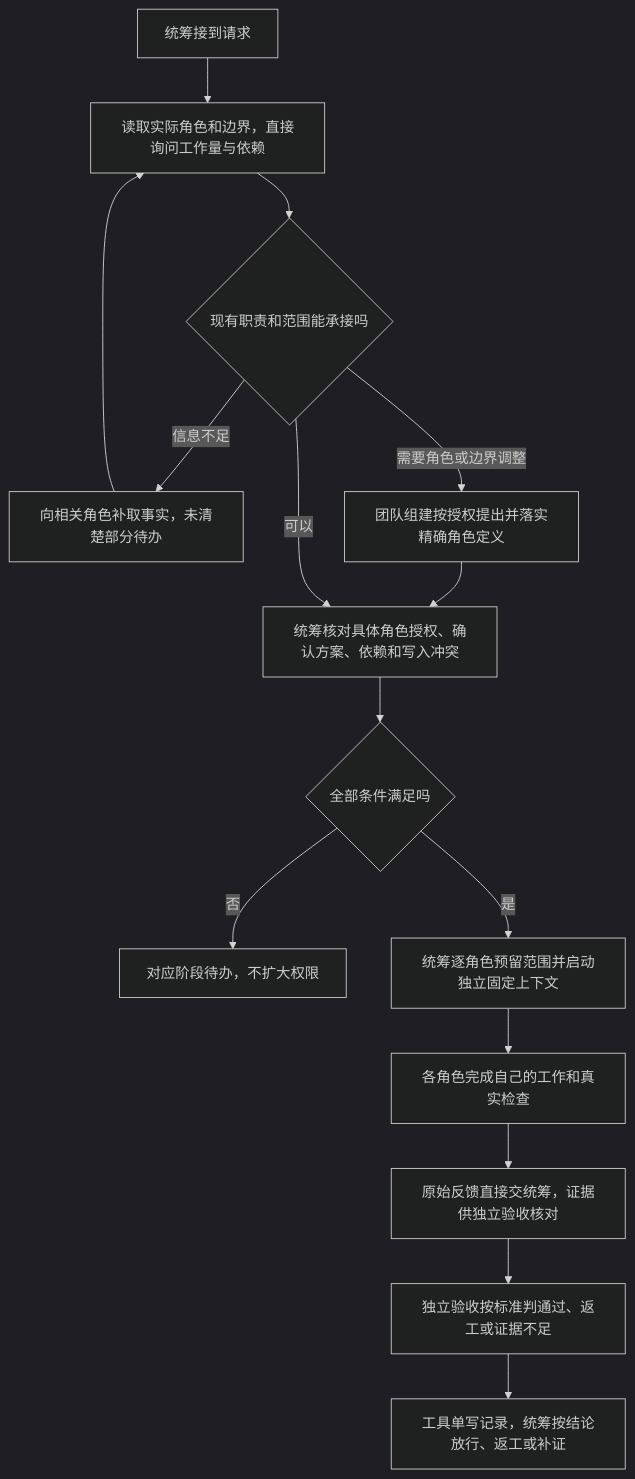
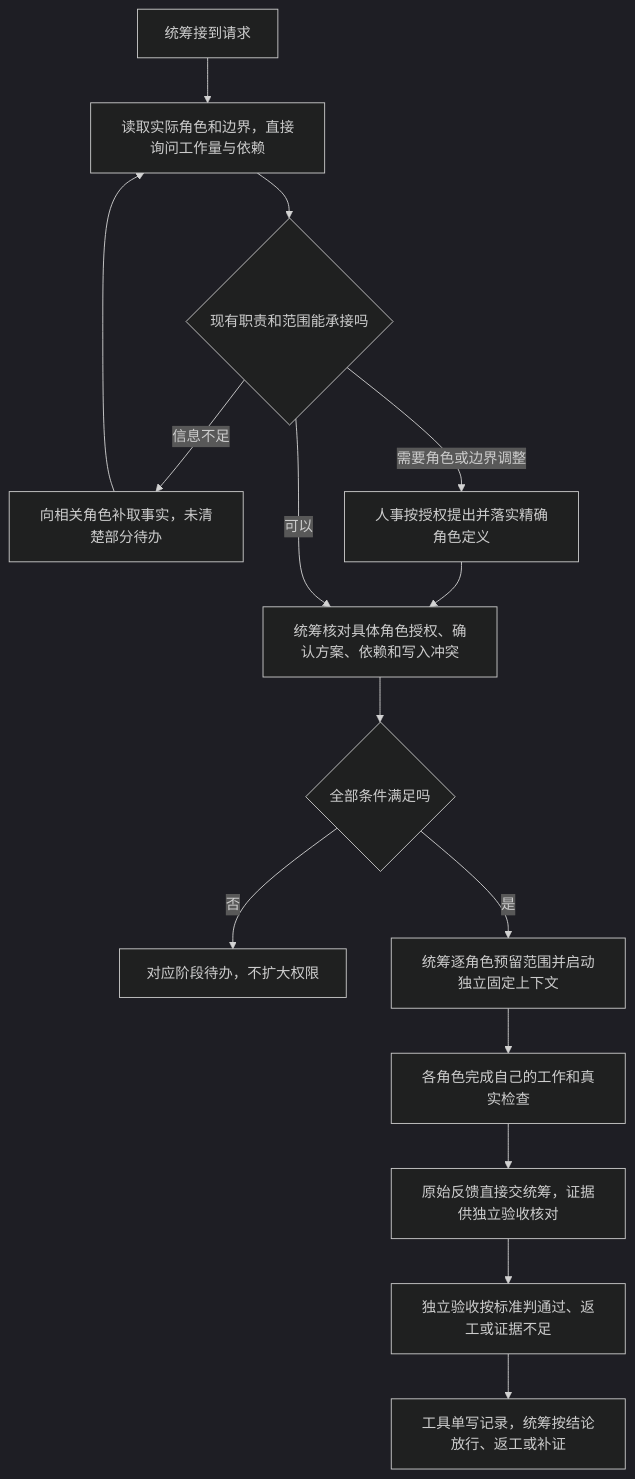
Before and after one commit to wangzhongren/ans-skill: the diagram in 角色卡/技能规范/docs/feature/role-groups.md, drawn with Mermaid (dark theme). The commit also changed other lines of this file and 78 other files, not shown here.

````diff
--- a/角色卡/技能规范/docs/feature/role-groups.md
+++ b/角色卡/技能规范/docs/feature/role-groups.md
@@ -44,17 +44,17 @@
 ```mermaid
 flowchart TD
   request[统筹接到请求] --> inspect[读取实际角色和边界，直接询问工作量与依赖]
   inspect --> enough{现有职责和范围能承接吗}
   enough -->|信息不足| pending[向相关角色补取事实，未清楚部分待办]
   pending --> inspect
-  enough -->|需要角色或边界调整| formation[团队组建按授权提出并落实精确角色定义]
+  enough -->|需要角色或边界调整| formation[人事按授权提出并落实精确角色定义]
   formation --> authorize
   enough -->|可以| authorize[统筹核对具体角色授权、确认方案、依赖和写入冲突]
   authorize --> ready{全部条件满足吗}
   ready -->|否| wait[对应阶段待办，不扩大权限]
   ready -->|是| reserve[统筹逐角色预留范围并启动独立固定上下文]
   reserve --> work[各角色完成自己的工作和真实检查]
   work --> report[原始反馈直接交统筹，证据供独立验收核对]
   report --> judge[独立验收按标准判通过、返工或证据不足]
   judge --> result[工具单写记录，统筹按结论放行、返工或补证]
 ```
````
